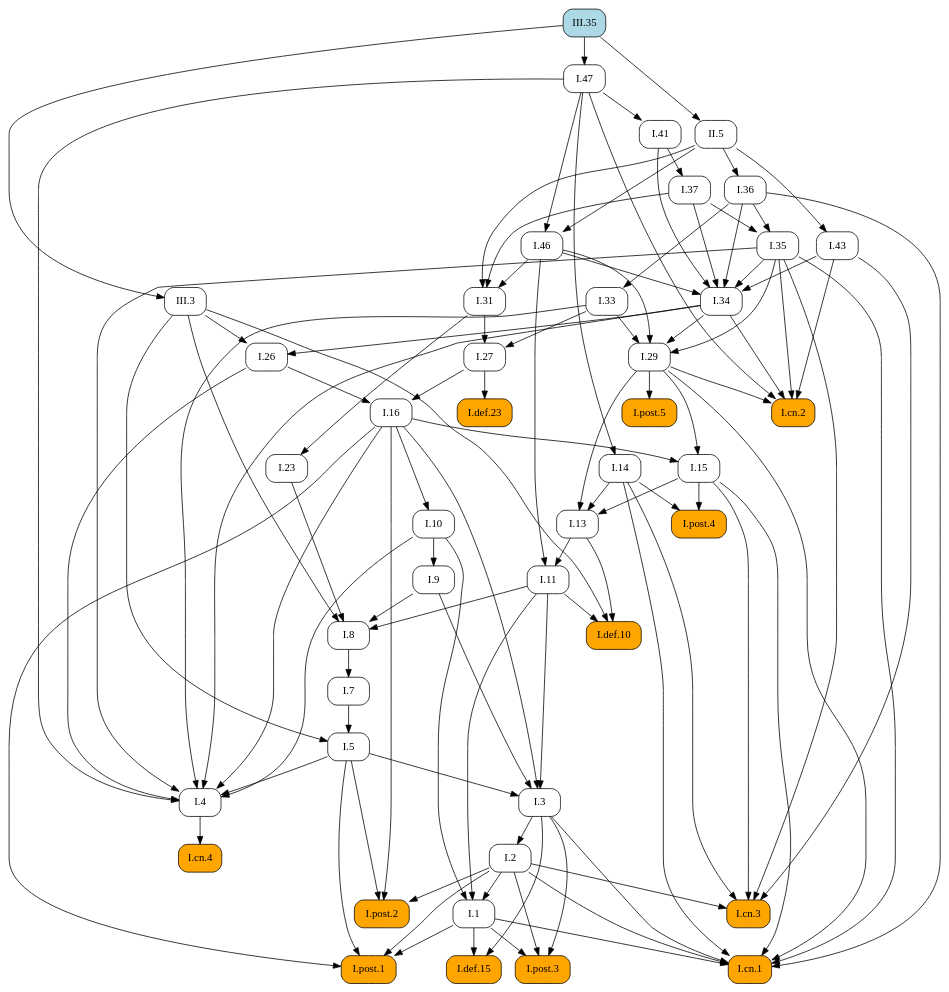
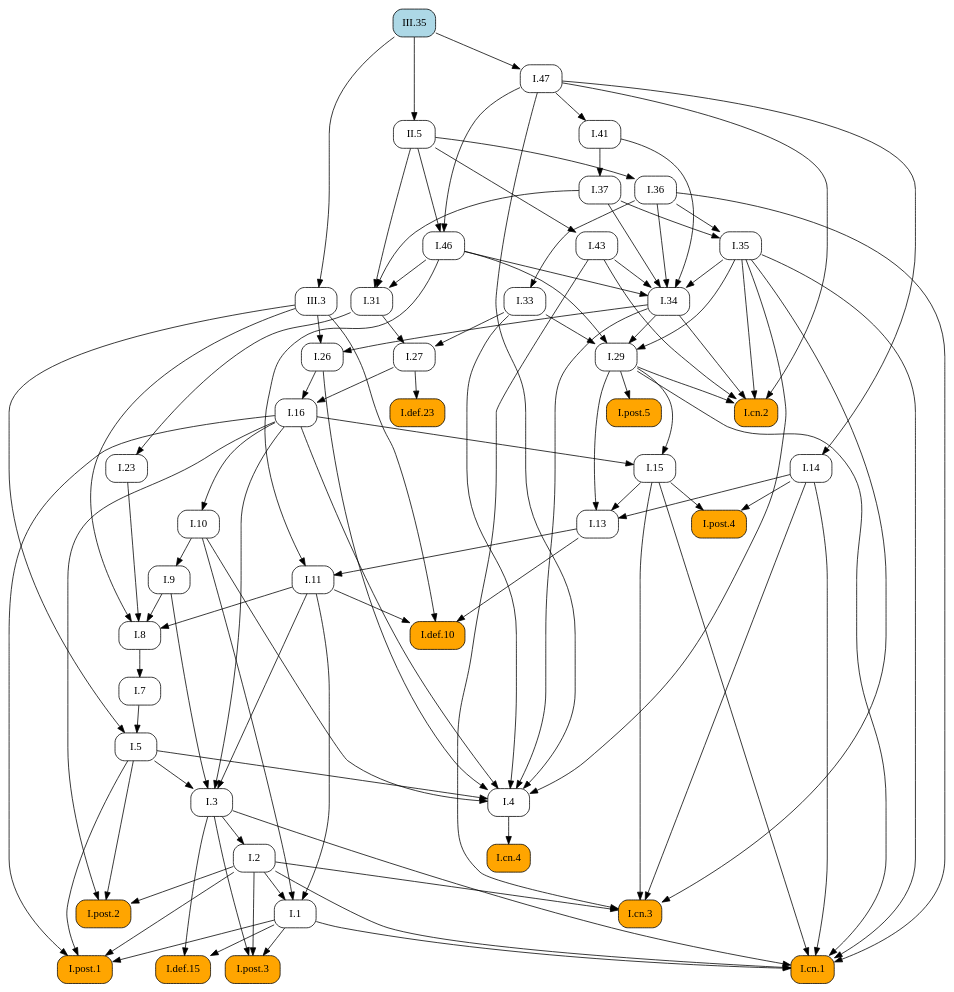
The diagram in docsrc/heath/III/35/index.rst (geometor/elements), drawn with Graphviz before and after one commit. The commit also changed other lines of this file and 484 other files, not shown here.

```diff
--- a/docsrc/heath/III/35/index.rst
+++ b/docsrc/heath/III/35/index.rst
@@ -61,106 +61,73 @@
    digraph {
      rankdir="TB";
      node [shape=box, style=rounded];
+     "I.23" [URL="/heath/I/23/", target="_top"];
+     "I.9" [URL="/heath/I/9/", target="_top"];
+     "I.33" [URL="/heath/I/33/", target="_top"];
+     "I.def.15" [style="rounded,filled", fillcolor=orange, URL="/heath/I/def.15/", target="_top"];
+     "I.47" [URL="/heath/I/47/", target="_top"];
+     "I.post.3" [style="rounded,filled", fillcolor=orange, URL="/heath/I/post.3/", target="_top"];
+     "I.post.1" [style="rounded,filled", fillcolor=orange, URL="/heath/I/post.1/", target="_top"];
+     "I.43" [URL="/heath/I/43/", target="_top"];
+     "II.5" [URL="/heath/II/5/", target="_top"];
+     "I.31" [URL="/heath/I/31/", target="_top"];
      "I.def.10" [style="rounded,filled", fillcolor=orange, URL="/heath/I/def.10/", target="_top"];
-     "I.11" [URL="/heath/I/11/", target="_top"];
-     "I.post.4" [style="rounded,filled", fillcolor=orange, URL="/heath/I/post.4/", target="_top"];
-     "I.1" [URL="/heath/I/1/", target="_top"];
-     "I.26" [URL="/heath/I/26/", target="_top"];
-     "I.29" [URL="/heath/I/29/", target="_top"];
-     "I.cn.2" [style="rounded,filled", fillcolor=orange, URL="/heath/I/cn.2/", target="_top"];
-     "I.47" [URL="/heath/I/47/", target="_top"];
-     "I.def.15" [style="rounded,filled", fillcolor=orange, URL="/heath/I/def.15/", target="_top"];
-     "I.post.3" [style="rounded,filled", fillcolor=orange, URL="/heath/I/post.3/", target="_top"];
-     "II.5" [URL="/heath/II/5/", target="_top"];
-     "I.cn.1" [style="rounded,filled", fillcolor=orange, URL="/heath/I/cn.1/", target="_top"];
-     "I.cn.3" [style="rounded,filled", fillcolor=orange, URL="/heath/I/cn.3/", target="_top"];
+     "I.27" [URL="/heath/I/27/", target="_top"];
      "I.14" [URL="/heath/I/14/", target="_top"];
-     "I.23" [URL="/heath/I/23/", target="_top"];
-     "I.43" [URL="/heath/I/43/", target="_top"];
-     "I.post.1" [style="rounded,filled", fillcolor=orange, URL="/heath/I/post.1/", target="_top"];
-     "I.35" [URL="/heath/I/35/", target="_top"];
-     "I.41" [URL="/heath/I/41/", target="_top"];
-     "I.36" [URL="/heath/I/36/", target="_top"];
-     "I.46" [URL="/heath/I/46/", target="_top"];
-     "I.27" [URL="/heath/I/27/", target="_top"];
-     "I.37" [URL="/heath/I/37/", target="_top"];
      "I.34" [URL="/heath/I/34/", target="_top"];
      "I.3" [URL="/heath/I/3/", target="_top"];
+     "I.35" [URL="/heath/I/35/", target="_top"];
+     "I.cn.1" [style="rounded,filled", fillcolor=orange, URL="/heath/I/cn.1/", target="_top"];
+     "III.35" [style="rounded,filled", fillcolor=lightblue, URL="/heath/III/35/", target="_top"];
      "I.7" [URL="/heath/I/7/", target="_top"];
      "I.2" [URL="/heath/I/2/", target="_top"];
+     "I.36" [URL="/heath/I/36/", target="_top"];
+     "I.13" [URL="/heath/I/13/", target="_top"];
+     "I.post.4" [style="rounded,filled", fillcolor=orange, URL="/heath/I/post.4/", target="_top"];
      "I.4" [URL="/heath/I/4/", target="_top"];
+     "I.1" [URL="/heath/I/1/", target="_top"];
+     "I.5" [URL="/heath/I/5/", target="_top"];
+     "I.8" [URL="/heath/I/8/", target="_top"];
+     "I.37" [URL="/heath/I/37/", target="_top"];
+     "III.3" [URL="/heath/III/3/", target="_top"];
+     "I.cn.3" [style="rounded,filled", fillcolor=orange, URL="/heath/I/cn.3/", target="_top"];
+     "I.29" [URL="/heath/I/29/", target="_top"];
+     "I.16" [URL="/heath/I/16/", target="_top"];
+     "I.15" [URL="/heath/I/15/", target="_top"];
+     "I.10" [URL="/heath/I/10/", target="_top"];
+     "I.11" [URL="/heath/I/11/", target="_top"];
      "I.def.23" [style="rounded,filled", fillcolor=orange, URL="/heath/I/def.23/", target="_top"];
-     "III.35" [style="rounded,filled", fillcolor=lightblue, URL="/heath/III/35/", target="_top"];
-     "I.13" [URL="/heath/I/13/", target="_top"];
-     "I.33" [URL="/heath/I/33/", target="_top"];
-     "I.31" [URL="/heath/I/31/", target="_top"];
+     "I.cn.2" [style="rounded,filled", fillcolor=orange, URL="/heath/I/cn.2/", target="_top"];
+     "I.post.5" [style="rounded,filled", fillcolor=orange, URL="/heath/I/post.5/", target="_top"];
+     "I.cn.4" [style="rounded,filled", fillcolor=orange, URL="/heath/I/cn.4/", target="_top"];
+     "I.41" [URL="/heath/I/41/", target="_top"];
      "I.post.2" [style="rounded,filled", fillcolor=orange, URL="/heath/I/post.2/", target="_top"];
-     "I.16" [URL="/heath/I/16/", target="_top"];
-     "I.9" [URL="/heath/I/9/", target="_top"];
-     "III.3" [URL="/heath/III/3/", target="_top"];
-     "I.8" [URL="/heath/I/8/", target="_top"];
-     "I.cn.4" [style="rounded,filled", fillcolor=orange, URL="/heath/I/cn.4/", target="_top"];
-     "I.15" [URL="/heath/I/15/", target="_top"];
-     "I.post.5" [style="rounded,filled", fillcolor=orange, URL="/heath/I/post.5/", target="_top"];
-     "I.10" [URL="/heath/I/10/", target="_top"];
-     "I.5" [URL="/heath/I/5/", target="_top"];
-     "I.11" -> "I.def.10";
-     "I.13" -> "I.def.10";
-     "III.3" -> "I.def.10";
-     "I.13" -> "I.11";
-     "I.46" -> "I.11";
-     "I.14" -> "I.post.4";
-     "I.15" -> "I.post.4";
-     "I.2" -> "I.1";
-     "I.10" -> "I.1";
-     "I.11" -> "I.1";
-     "I.34" -> "I.26";
-     "III.3" -> "I.26";
-     "I.33" -> "I.29";
-     "I.34" -> "I.29";
-     "I.35" -> "I.29";
-     "I.46" -> "I.29";
-     "I.29" -> "I.cn.2";
-     "I.34" -> "I.cn.2";
-     "I.35" -> "I.cn.2";
-     "I.43" -> "I.cn.2";
-     "I.47" -> "I.cn.2";
-     "III.35" -> "I.47";
+     "I.46" [URL="/heath/I/46/", target="_top"];
+     "I.26" [URL="/heath/I/26/", target="_top"];
+     "I.31" -> "I.23";
+     "I.10" -> "I.9";
+     "I.36" -> "I.33";
      "I.1" -> "I.def.15";
      "I.3" -> "I.def.15";
+     "III.35" -> "I.47";
      "I.1" -> "I.post.3";
      "I.2" -> "I.post.3";
      "I.3" -> "I.post.3";
-     "III.35" -> "II.5";
-     "I.1" -> "I.cn.1";
-     "I.2" -> "I.cn.1";
-     "I.3" -> "I.cn.1";
-     "I.14" -> "I.cn.1";
-     "I.15" -> "I.cn.1";
-     "I.29" -> "I.cn.1";
-     "I.35" -> "I.cn.1";
-     "I.36" -> "I.cn.1";
-     "I.2" -> "I.cn.3";
-     "I.14" -> "I.cn.3";
-     "I.15" -> "I.cn.3";
-     "I.35" -> "I.cn.3";
-     "I.43" -> "I.cn.3";
-     "I.47" -> "I.14";
-     "I.31" -> "I.23";
-     "II.5" -> "I.43";
      "I.1" -> "I.post.1";
      "I.2" -> "I.post.1";
      "I.5" -> "I.post.1";
      "I.16" -> "I.post.1";
-     "I.36" -> "I.35";
-     "I.37" -> "I.35";
-     "I.47" -> "I.41";
-     "II.5" -> "I.36";
-     "I.47" -> "I.46";
-     "II.5" -> "I.46";
+     "II.5" -> "I.43";
+     "III.35" -> "II.5";
+     "I.37" -> "I.31";
+     "I.46" -> "I.31";
+     "II.5" -> "I.31";
+     "I.11" -> "I.def.10";
+     "I.13" -> "I.def.10";
+     "III.3" -> "I.def.10";
      "I.31" -> "I.27";
      "I.33" -> "I.27";
-     "I.41" -> "I.37";
+     "I.47" -> "I.14";
      "I.35" -> "I.34";
      "I.36" -> "I.34";
      "I.37" -> "I.34";
@@ -171,8 +138,24 @@
      "I.9" -> "I.3";
      "I.11" -> "I.3";
      "I.16" -> "I.3";
+     "I.36" -> "I.35";
+     "I.37" -> "I.35";
+     "I.1" -> "I.cn.1";
+     "I.2" -> "I.cn.1";
+     "I.3" -> "I.cn.1";
+     "I.14" -> "I.cn.1";
+     "I.15" -> "I.cn.1";
+     "I.29" -> "I.cn.1";
+     "I.35" -> "I.cn.1";
+     "I.36" -> "I.cn.1";
      "I.8" -> "I.7";
      "I.3" -> "I.2";
+     "II.5" -> "I.36";
+     "I.14" -> "I.13";
+     "I.15" -> "I.13";
+     "I.29" -> "I.13";
+     "I.14" -> "I.post.4";
+     "I.15" -> "I.post.4";
      "I.5" -> "I.4";
      "I.10" -> "I.4";
      "I.16" -> "I.4";
@@ -181,30 +164,47 @@
      "I.34" -> "I.4";
      "I.35" -> "I.4";
      "I.47" -> "I.4";
-     "I.27" -> "I.def.23";
-     "I.14" -> "I.13";
-     "I.15" -> "I.13";
-     "I.29" -> "I.13";
-     "I.36" -> "I.33";
-     "I.37" -> "I.31";
-     "I.46" -> "I.31";
-     "II.5" -> "I.31";
-     "I.2" -> "I.post.2";
-     "I.5" -> "I.post.2";
-     "I.16" -> "I.post.2";
-     "I.26" -> "I.16";
-     "I.27" -> "I.16";
-     "I.10" -> "I.9";
-     "III.35" -> "III.3";
+     "I.2" -> "I.1";
+     "I.10" -> "I.1";
+     "I.11" -> "I.1";
+     "I.7" -> "I.5";
+     "III.3" -> "I.5";
      "I.9" -> "I.8";
      "I.11" -> "I.8";
      "I.23" -> "I.8";
      "III.3" -> "I.8";
-     "I.4" -> "I.cn.4";
+     "I.41" -> "I.37";
+     "III.35" -> "III.3";
+     "I.2" -> "I.cn.3";
+     "I.14" -> "I.cn.3";
+     "I.15" -> "I.cn.3";
+     "I.35" -> "I.cn.3";
+     "I.43" -> "I.cn.3";
+     "I.33" -> "I.29";
+     "I.34" -> "I.29";
+     "I.35" -> "I.29";
+     "I.46" -> "I.29";
+     "I.26" -> "I.16";
+     "I.27" -> "I.16";
      "I.16" -> "I.15";
      "I.29" -> "I.15";
+     "I.16" -> "I.10";
+     "I.13" -> "I.11";
+     "I.46" -> "I.11";
+     "I.27" -> "I.def.23";
+     "I.29" -> "I.cn.2";
+     "I.34" -> "I.cn.2";
+     "I.35" -> "I.cn.2";
+     "I.43" -> "I.cn.2";
+     "I.47" -> "I.cn.2";
      "I.29" -> "I.post.5";
-     "I.16" -> "I.10";
-     "I.7" -> "I.5";
-     "III.3" -> "I.5";
+     "I.4" -> "I.cn.4";
+     "I.47" -> "I.41";
+     "I.2" -> "I.post.2";
+     "I.5" -> "I.post.2";
+     "I.16" -> "I.post.2";
+     "I.47" -> "I.46";
+     "II.5" -> "I.46";
+     "I.34" -> "I.26";
+     "III.3" -> "I.26";
    }
```
